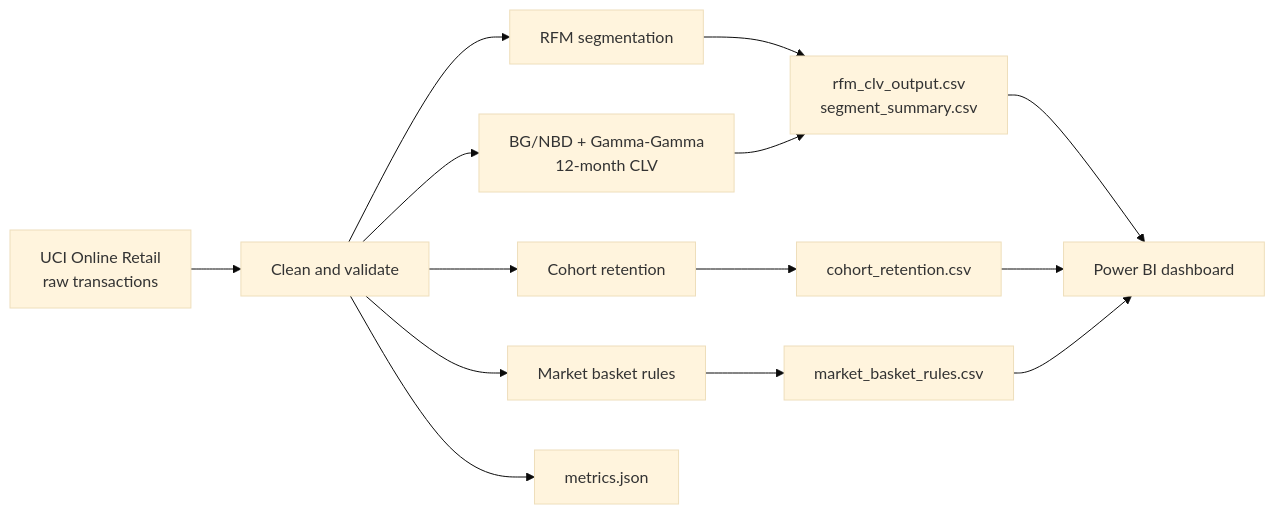
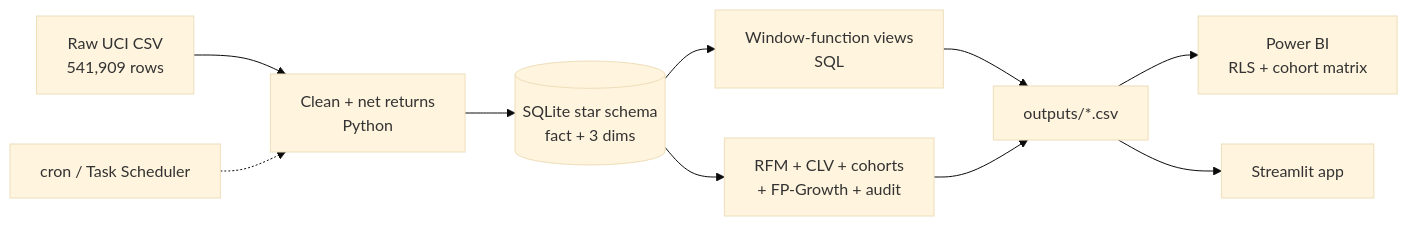
One commit to Riddhis2226/Consumer-360 changed the first of 2 diagrams in README.md. Above: the diagram before and after it, drawn with Mermaid (base theme). The commit also changed other lines of this file, not shown here.

````diff
--- a/README.md
+++ b/README.md
@@ -75,16 +35,12 @@
 ```mermaid
 flowchart LR
-    A[UCI Online Retail<br/>raw transactions] --> B[Clean and validate]
-    B --> C[RFM segmentation]
-    B --> D[BG/NBD + Gamma-Gamma<br/>12-month CLV]
-    B --> E[Cohort retention]
-    B --> F[Market basket rules]
-    C --> G[rfm_clv_output.csv<br/>segment_summary.csv]
-    D --> G
-    E --> H[cohort_retention.csv]
-    F --> I[market_basket_rules.csv]
-    G --> J[Power BI dashboard]
-    H --> J
-    I --> J
-    B --> K[metrics.json]
+    A[Raw UCI CSV<br/>541,909 rows] --> B[Clean + net returns<br/>Python]
+    B --> C[(SQLite star schema<br/>fact + 3 dims)]
+    C --> D[Window-function views<br/>SQL]
+    C --> E[RFM + CLV + cohorts<br/>+ FP-Growth + audit]
+    D --> F[outputs/*.csv]
+    E --> F
+    F --> G[Power BI<br/>RLS + cohort matrix]
+    F --> H[Streamlit app]
+    I[cron / Task Scheduler] -.-> B
 ```
````
